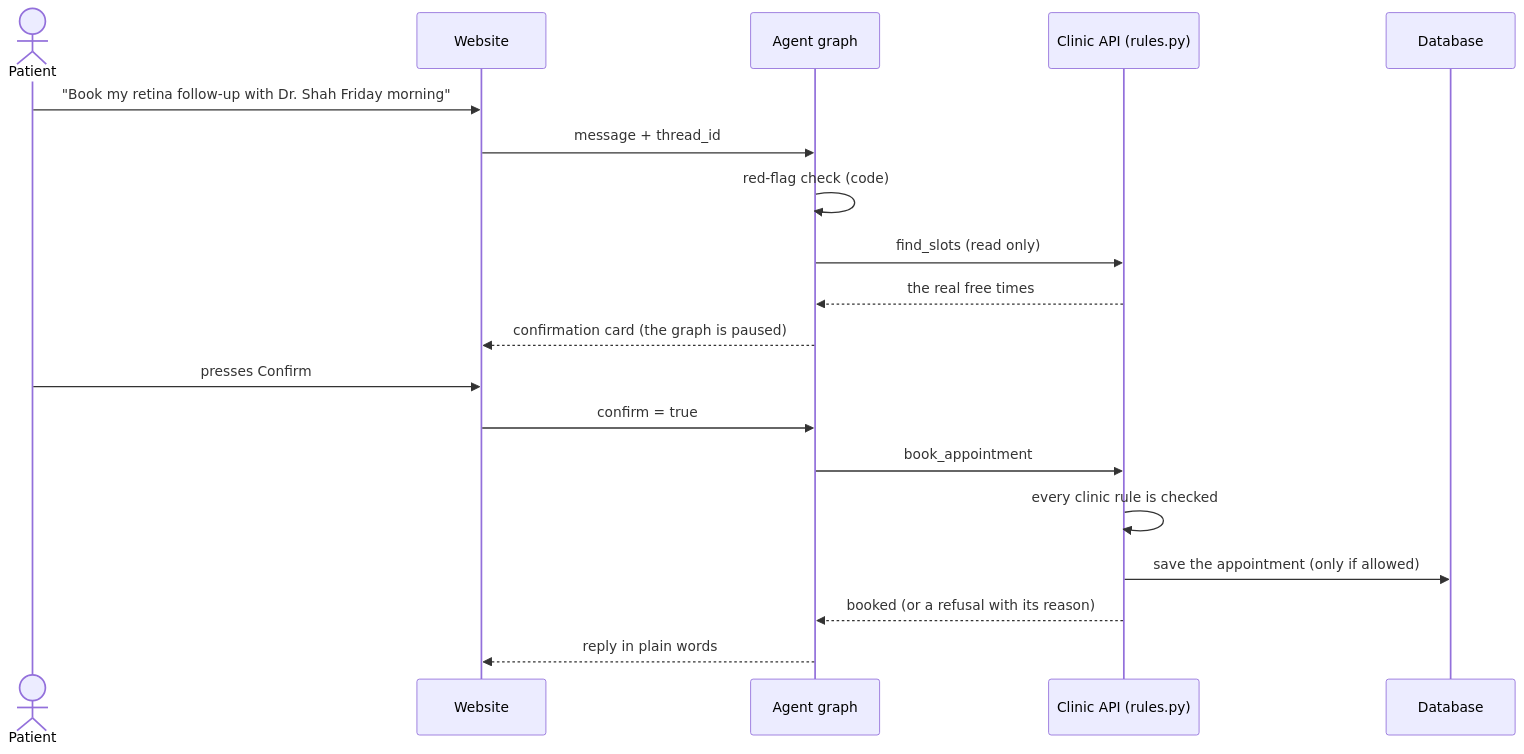
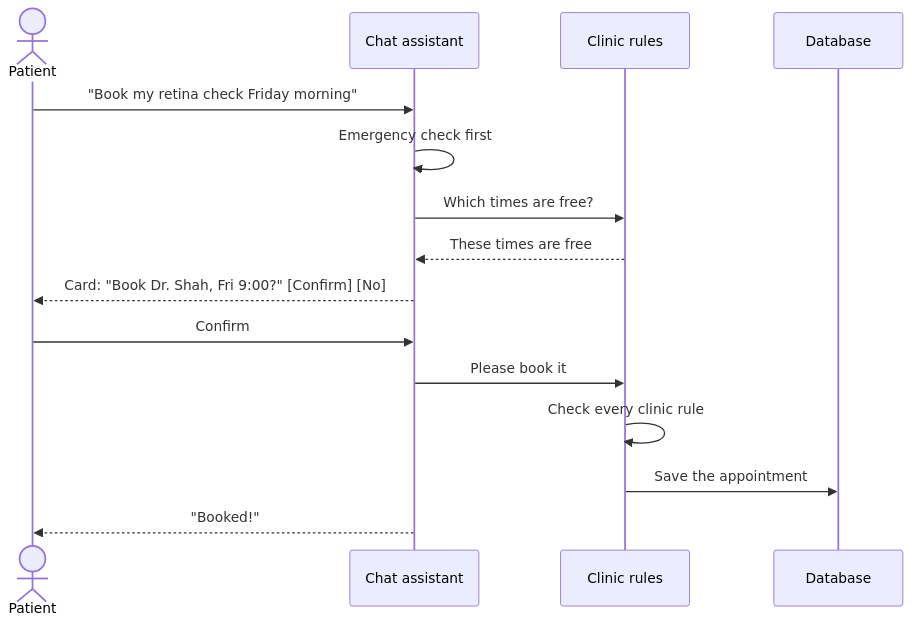
One commit to sanjana1925/netracare-iteration04 changed the third of 4 diagrams in README.md. Above: the diagram before and after it, drawn with Mermaid. The commit also changed other lines of this file, not shown here.

Commit message:
Make the README simpler: plain words first, developer reference at the end

````diff
--- a/README.md
+++ b/README.md
@@ -123,21 +91,17 @@
 ```mermaid
 sequenceDiagram
     actor P as Patient
-    participant W as Website
-    participant G as Agent graph
-    participant A as Clinic API (rules.py)
+    participant C as Chat assistant
+    participant R as Clinic rules
     participant D as Database
-    P->>W: "Book my retina follow-up with Dr. Shah Friday morning"
-    W->>G: message + thread_id
-    G->>G: red-flag check (code)
-    G->>A: find_slots (read only)
-    A-->>G: the real free times
-    G-->>W: confirmation card (the graph is paused)
-    P->>W: presses Confirm
-    W->>G: confirm = true
-    G->>A: book_appointment
-    A->>A: every clinic rule is checked
-    A->>D: save the appointment (only if allowed)
-    A-->>G: booked (or a refusal with its reason)
-    G-->>W: reply in plain words
+    P->>C: "Book my retina check Friday morning"
+    C->>C: Emergency check first
+    C->>R: Which times are free?
+    R-->>C: These times are free
+    C-->>P: Card: "Book Dr. Shah, Fri 9:00?" [Confirm] [No]
+    P->>C: Confirm
+    C->>R: Please book it
+    R->>R: Check every clinic rule
+    R->>D: Save the appointment
+    C-->>P: "Booked!"
 ```
````
